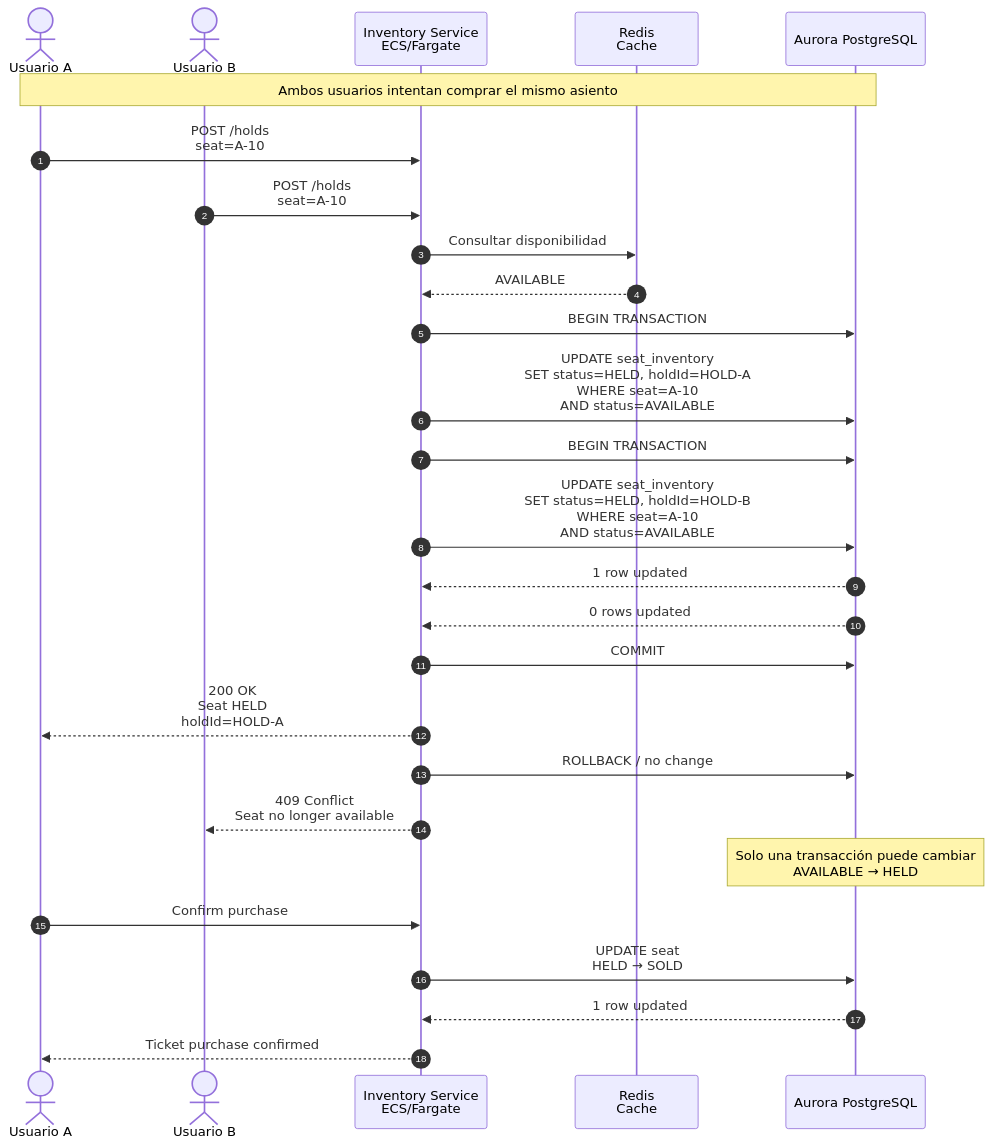
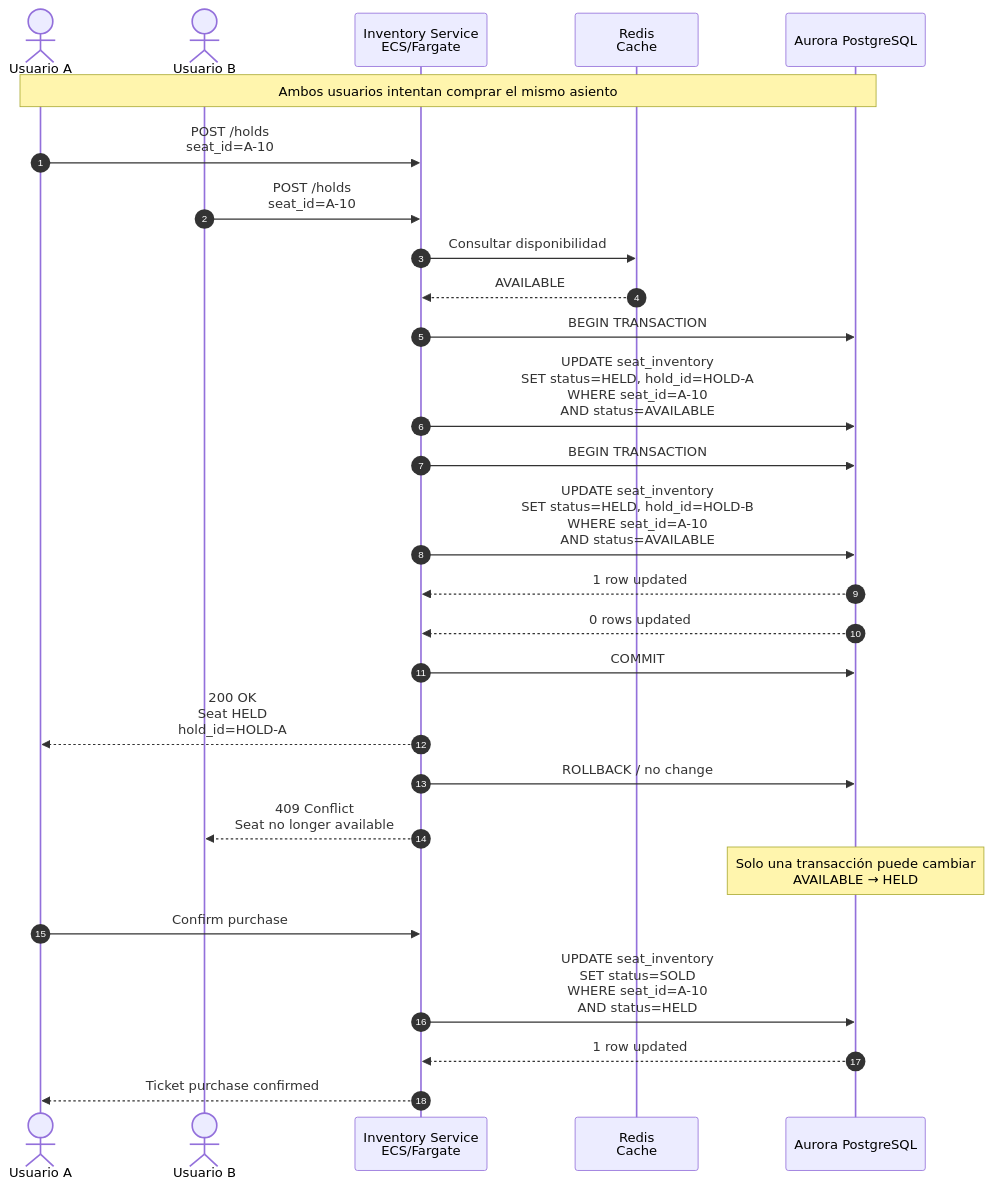
Before and after one commit to rolandopalermo/cinepolis-propuesta: the diagram in concurrencia_inventario_sequence_diagram.mermaid, drawn with Mermaid. The commit also changed 3 other files, not shown here.

```diff
--- a/concurrencia_inventario_sequence_diagram.mermaid
+++ b/concurrencia_inventario_sequence_diagram.mermaid
@@ -1,38 +1,38 @@
 sequenceDiagram
     autonumber
 
     actor UserA as Usuario A
     actor UserB as Usuario B
     participant API as Inventory Service<br/>ECS/Fargate
     participant Redis as Redis<br/>Cache
     participant DB as Aurora PostgreSQL
 
     Note over UserA,DB: Ambos usuarios intentan comprar el mismo asiento
 
-    UserA->>API: POST /holds<br/>seat=A-10
-    UserB->>API: POST /holds<br/>seat=A-10
+    UserA->>API: POST /holds<br/>seat_id=A-10
+    UserB->>API: POST /holds<br/>seat_id=A-10
 
     API->>Redis: Consultar disponibilidad
     Redis-->>API: AVAILABLE
 
     API->>DB: BEGIN TRANSACTION
-    API->>DB: UPDATE seat_inventory<br/>SET status=HELD, holdId=HOLD-A<br/>WHERE seat=A-10<br/>AND status=AVAILABLE
+    API->>DB: UPDATE seat_inventory<br/>SET status=HELD, hold_id=HOLD-A<br/>WHERE seat_id=A-10<br/>AND status=AVAILABLE
 
     API->>DB: BEGIN TRANSACTION
-    API->>DB: UPDATE seat_inventory<br/>SET status=HELD, holdId=HOLD-B<br/>WHERE seat=A-10<br/>AND status=AVAILABLE
+    API->>DB: UPDATE seat_inventory<br/>SET status=HELD, hold_id=HOLD-B<br/>WHERE seat_id=A-10<br/>AND status=AVAILABLE
 
     DB-->>API: 1 row updated
     DB-->>API: 0 rows updated
 
     API->>DB: COMMIT
-    API-->>UserA: 200 OK<br/>Seat HELD<br/>holdId=HOLD-A
+    API-->>UserA: 200 OK<br/>Seat HELD<br/>hold_id=HOLD-A
 
     API->>DB: ROLLBACK / no change
     API-->>UserB: 409 Conflict<br/>Seat no longer available
 
     Note over DB: Solo una transacción puede cambiar<br/>AVAILABLE → HELD
 
     UserA->>API: Confirm purchase
-    API->>DB: UPDATE seat<br/>HELD → SOLD
+    API->>DB: UPDATE seat_inventory<br/>SET status=SOLD<br/>WHERE seat_id=A-10<br/>AND status=HELD
     DB-->>API: 1 row updated
     API-->>UserA: Ticket purchase confirmed
```
